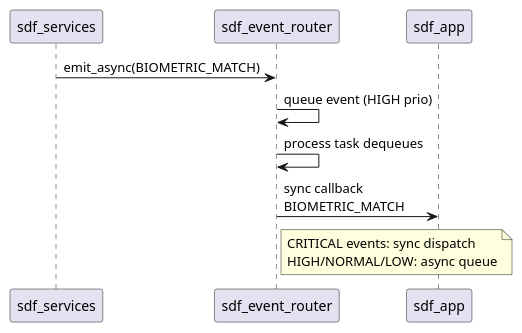
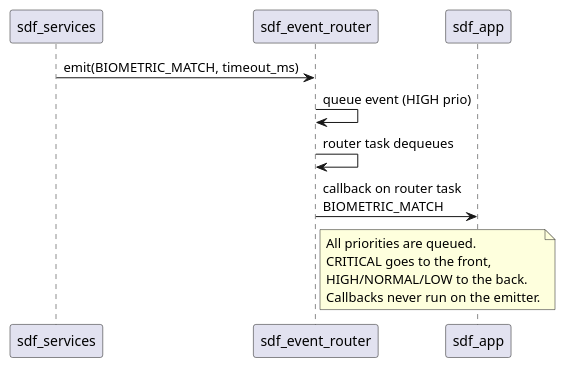
Before and after one commit to thor-ro/finger_print: the eighth of 13 diagrams in doc/sdf_sas.md, drawn with PlantUML. The commit also changed 20 other files, not shown here.

Commit message:
refactor: unify event router emit interface to require an explicit timeout parameter for all event priorities

````diff
--- a/doc/sdf_sas.md
+++ b/doc/sdf_sas.md
@@ -374,13 +374,13 @@
 ```plantuml
 @startuml
 participant "sdf_services" as SVC
 participant "sdf_event_router" as EVT
 participant "sdf_app" as APP
 
-SVC -> EVT : emit_async(BIOMETRIC_MATCH)
+SVC -> EVT : emit(BIOMETRIC_MATCH, timeout_ms)
 EVT -> EVT : queue event (HIGH prio)
-EVT -> EVT : process task dequeues
-EVT -> APP : sync callback\nBIOMETRIC_MATCH
-note right of EVT : CRITICAL events: sync dispatch\nHIGH/NORMAL/LOW: async queue
+EVT -> EVT : router task dequeues
+EVT -> APP : callback on router task\nBIOMETRIC_MATCH
+note right of EVT : All priorities are queued.\nCRITICAL goes to the front,\nHIGH/NORMAL/LOW to the back.\nCallbacks never run on the emitter.
 @enduml
 ```
````
